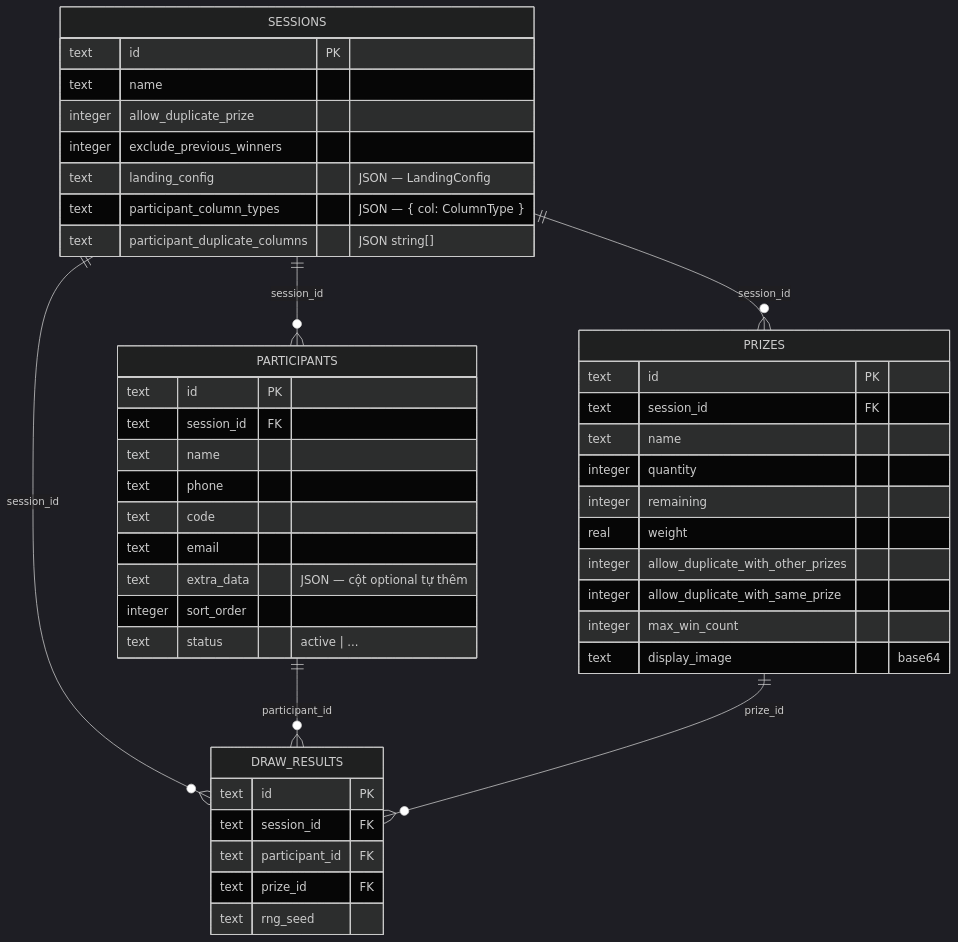
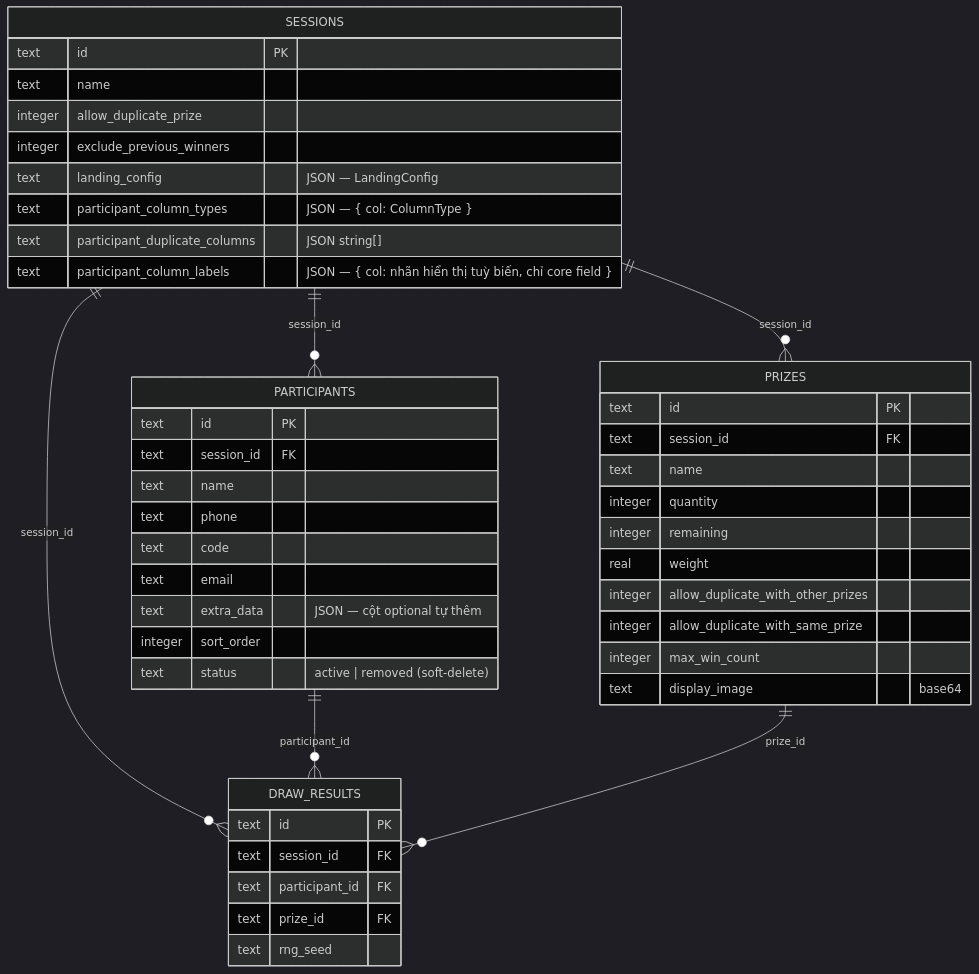
Before and after one commit to nhatquang-nguyen-129/display_lucky_draw: the diagram in docs/architecture/database-schema.md, drawn with Mermaid (dark theme). The commit also changed 6 other files, not shown here.

````diff
--- a/docs/architecture/database-schema.md
+++ b/docs/architecture/database-schema.md
@@ -7,48 +7,49 @@
 ```mermaid
 erDiagram
   SESSIONS ||--o{ PARTICIPANTS : session_id
   SESSIONS ||--o{ PRIZES : session_id
   SESSIONS ||--o{ DRAW_RESULTS : session_id
   PARTICIPANTS ||--o{ DRAW_RESULTS : participant_id
   PRIZES ||--o{ DRAW_RESULTS : prize_id
 
   SESSIONS {
     text id PK
     text name
     integer allow_duplicate_prize
     integer exclude_previous_winners
     text landing_config "JSON — LandingConfig"
     text participant_column_types "JSON — { col: ColumnType }"
     text participant_duplicate_columns "JSON string[]"
+    text participant_column_labels "JSON — { col: nhãn hiển thị tuỳ biến, chỉ core field }"
   }
   PARTICIPANTS {
     text id PK
     text session_id FK
     text name
     text phone
     text code
     text email
     text extra_data "JSON — cột optional tự thêm"
     integer sort_order
-    text status "active | ..."
+    text status "active | removed (soft-delete)"
   }
   PRIZES {
     text id PK
     text session_id FK
     text name
     integer quantity
     integer remaining
     real weight
     integer allow_duplicate_with_other_prizes
     integer allow_duplicate_with_same_prize
     integer max_win_count
     text display_image "base64"
   }
   DRAW_RESULTS {
     text id PK
     text session_id FK
     text participant_id FK
     text prize_id FK
     text rng_seed
   }
 ```
````
